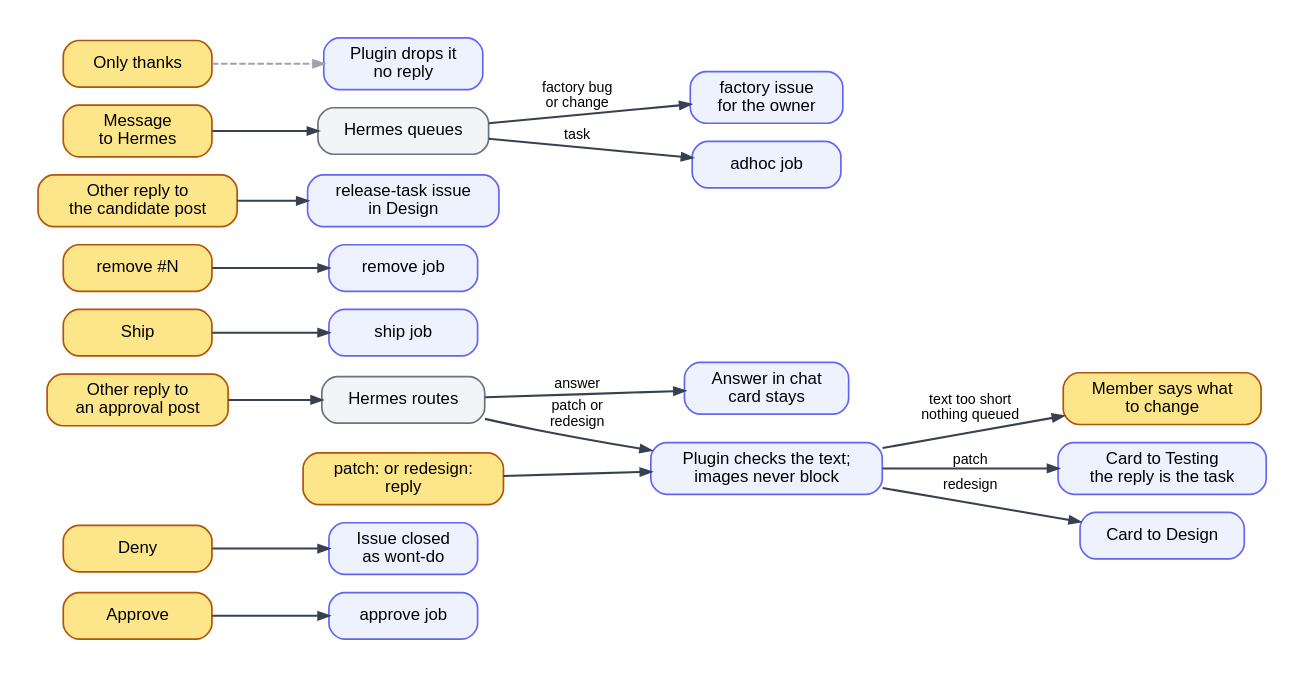
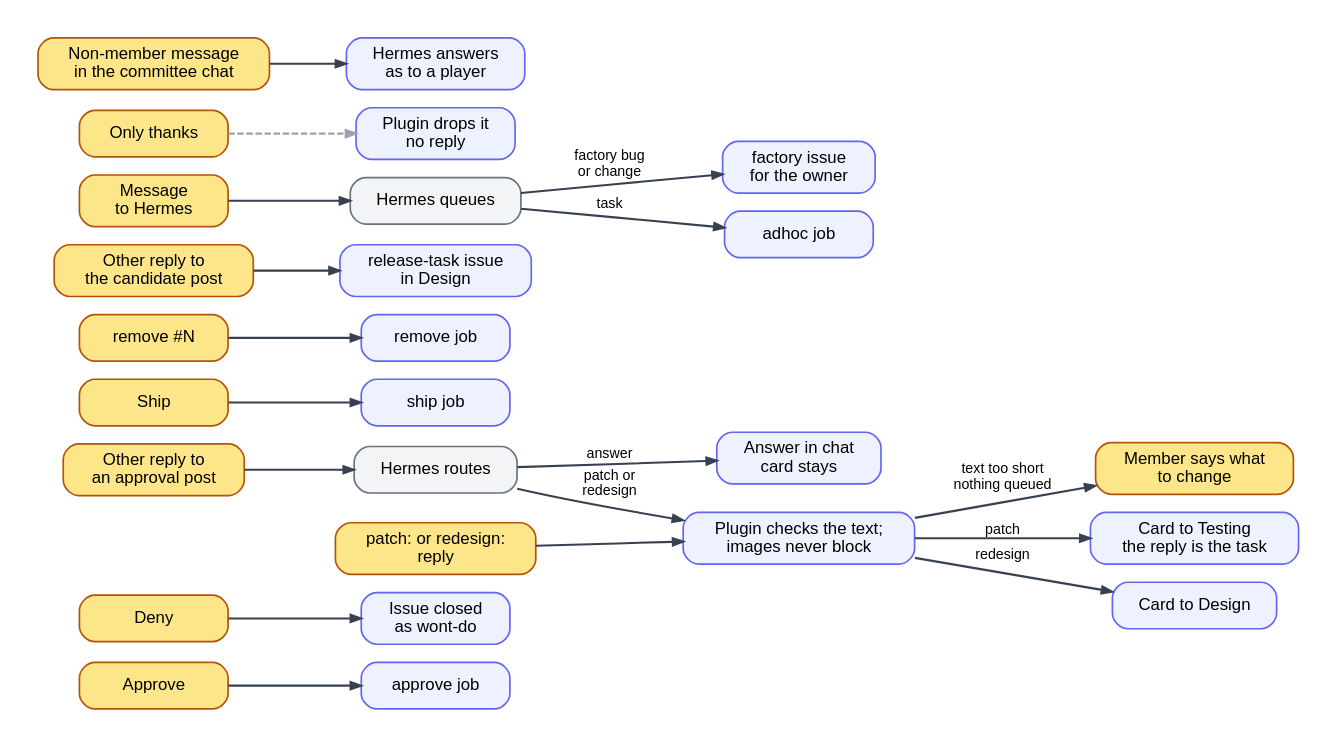
Before and after one commit to ROAM-game-org/road-machiners: the diagram in factory/docs/diagrams/committee.dot, drawn with Graphviz. The commit also changed 6 other files, not shown here.

First line of the commit message:
Non-members in the committee chat reach Hermes as players

```diff
--- a/factory/docs/diagrams/committee.dot
+++ b/factory/docs/diagrams/committee.dot
@@ -1,26 +1,26 @@
 // Committee inputs: what each Telegram action queues, and the job that runs it. Yellow: people. Grey: Hermes decides.
 digraph committee {
   rankdir=LR; nodesep=0.2; ranksep=0.7; bgcolor=white; pad=0.3;
   node [shape=box, style="rounded,filled", fillcolor="#eef2ff", color="#6366f1", fontname="Helvetica", fontsize=13, margin="0.2,0.08", penwidth=1.3, width=1.6];
   edge [color="#374151", penwidth=1.6, arrowsize=0.8, fontname="Helvetica", fontsize=11];
   node [fillcolor="#fde68a", color="#b45309"];
   approve [label="Approve"]; deny [label="Deny"]; reply [label="Other reply to\nan approval post"]; forced [label="patch: or redesign:\nreply"];
   ship [label="Ship"]; remove [label="remove #N"]; rtask [label="Other reply to\nthe candidate post"]; ask [label="Message\nto Hermes"];
-  bare [label="Only thanks"];
+  bare [label="Only thanks"]; stranger [label="Non-member message\nin the committee chat"];
   member [label="Member says what\nto change"];
   node [fillcolor="#f3f4f6", color="#6b7280"];
   hermes [label="Hermes routes"]; hermes2 [label="Hermes queues"];
   node [fillcolor="#eef2ff", color="#6366f1"];
   ready [label="Plugin checks the text;\nimages never block"];
   node [fillcolor="#eef2ff", color="#6366f1"];
   approveJob [label="approve job"]; closed [label="Issue closed\nas wont-do"]; answer [label="Answer in chat\ncard stays"];
   patchJob [label="Card to Testing\nthe reply is the task"]; design [label="Card to Design"]; shipJob [label="ship job"]; removeJob [label="remove job"];
   newTask [label="release-task issue\nin Design"]; factoryIssue [label="factory issue\nfor the owner"]; adhocJob [label="adhoc job"];
-  quiet [label="Plugin drops it\nno reply"];
+  quiet [label="Plugin drops it\nno reply"]; playerAnswer [label="Hermes answers\nas to a player"];
   approve -> approveJob; deny -> closed;
   reply -> hermes; hermes -> answer [label="answer"]; hermes -> ready [label="patch or\nredesign"];
   forced -> ready; ready -> patchJob [label="patch"]; ready -> design [label="redesign"]; ready -> member [label="text too short\nnothing queued"];
   ship -> shipJob; remove -> removeJob; rtask -> newTask;
   ask -> hermes2; hermes2 -> adhocJob [label="task"]; hermes2 -> factoryIssue [label="factory bug\nor change"];
-  bare -> quiet [style=dashed, color="#9ca3af"];
+  bare -> quiet [style=dashed, color="#9ca3af"]; stranger -> playerAnswer;
 }
```
